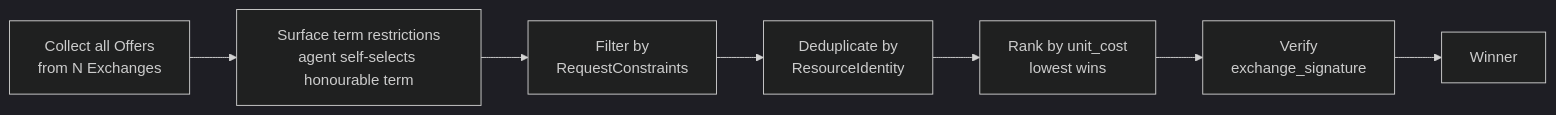
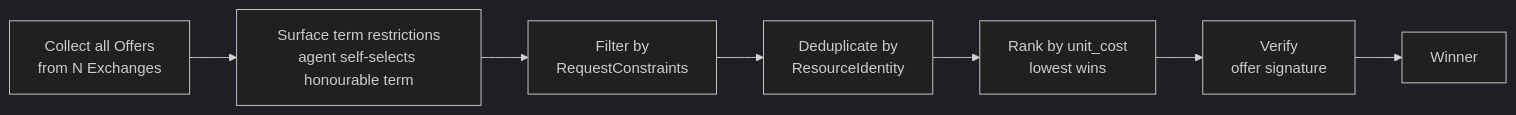
One commit to RAMP-Protocol/protocol changed the second of 4 diagrams in website/src/content/docs/components/broker/selection-engine.mdx. Above: the diagram before and after it, drawn with Mermaid (dark theme). The commit also changed other lines of this file and 19 other files, not shown here.

````diff
--- a/website/src/content/docs/components/broker/selection-engine.mdx
+++ b/website/src/content/docs/components/broker/selection-engine.mdx
@@ -152,9 +152,9 @@
 ```mermaid
 graph LR
     A[Collect all Offers<br/>from N Exchanges] --> B[Surface term restrictions<br/>agent self-selects honourable term]
     B --> C[Filter by<br/>RequestConstraints]
     C --> D[Deduplicate by<br/>ResourceIdentity]
     D --> E[Rank by unit_cost<br/>lowest wins]
-    E --> F[Verify<br/>exchange_signature]
+    E --> F[Verify<br/>offer signature]
     F --> G[Winner]
 ```
````
